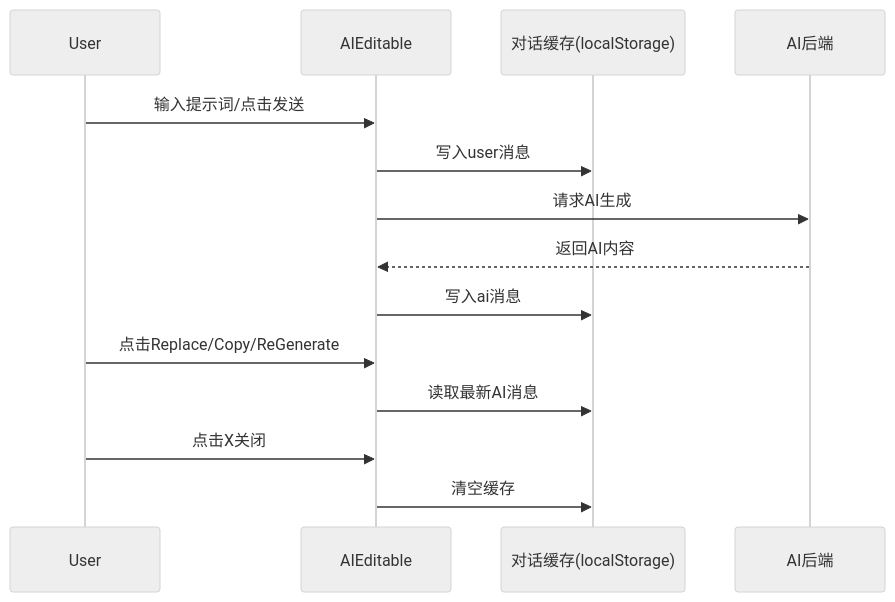
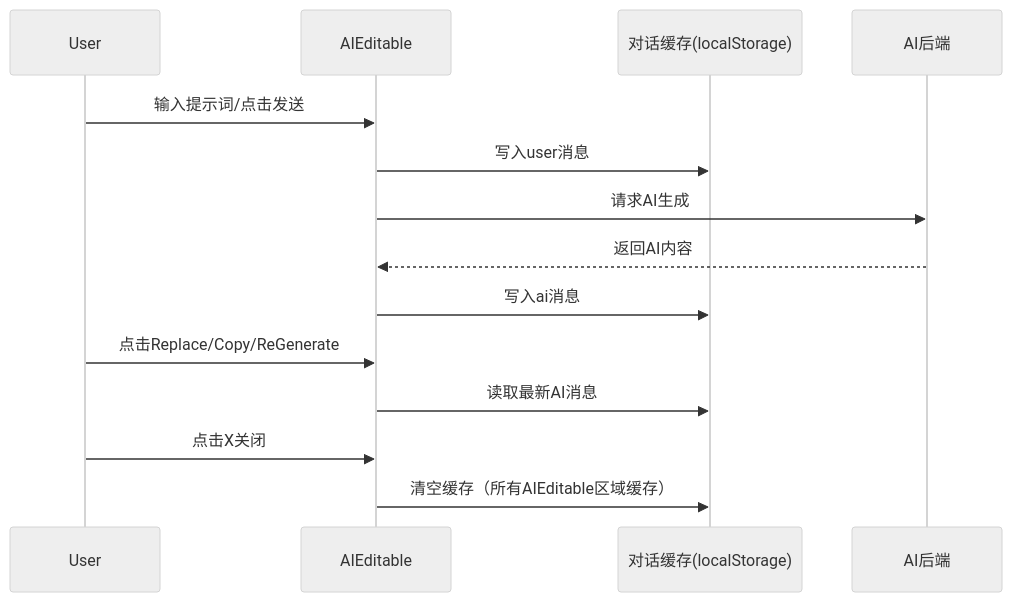
The third of 5 diagrams in docs/ai-edit.md (PowerZCY/newspaper_template), drawn with Mermaid (neutral theme) before and after one commit. The commit also changed other lines of this file and 1 other file, not shown here.

First line of the commit message:
refactor(ai-editable): enhance cache management functionality

````diff
--- a/docs/ai-edit.md
+++ b/docs/ai-edit.md
@@ -368,16 +370,16 @@
 ```mermaid
 sequenceDiagram
   participant User
   participant UI as AIEditable
   participant Cache as 对话缓存(localStorage)
   participant API as AI后端
   User->>UI: 输入提示词/点击发送
   UI->>Cache: 写入user消息
   UI->>API: 请求AI生成
   API-->>UI: 返回AI内容
   UI->>Cache: 写入ai消息
   User->>UI: 点击Replace/Copy/ReGenerate
   UI->>Cache: 读取最新AI消息
   User->>UI: 点击X关闭
-  UI->>Cache: 清空缓存
+  UI->>Cache: 清空缓存（所有AIEditable区域缓存）
 ```
````
